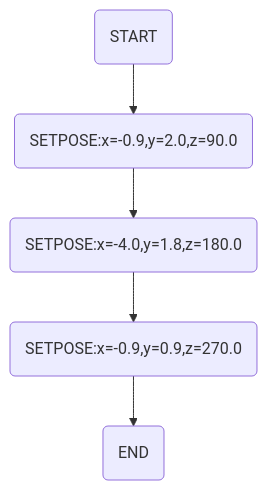
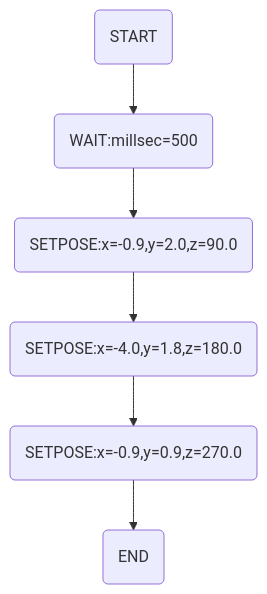
One commit to TakanoTaiga/roboware-neo.universe changed the diagram in launch/roboware_neo_launch/state_graph/scenario_simulation/simple.md. Above: the diagram before and after it, drawn with Mermaid. The commit also changed 3 other files, not shown here.

````diff
--- a/launch/roboware_neo_launch/state_graph/scenario_simulation/simple.md
+++ b/launch/roboware_neo_launch/state_graph/scenario_simulation/simple.md
@@ -1,7 +1,8 @@
 ```mermaid
 graph TB
-  START(START) --> SETPOSE.1(SETPOSE:x=-0.9,y=2.0,z=90.0)
+  START(START) --> start_wait(WAIT:millsec=500)
+  start_wait --> SETPOSE.1(SETPOSE:x=-0.9,y=2.0,z=90.0)
   SETPOSE.1 --> SETPOSE.2(SETPOSE:x=-4.0,y=1.8,z=180.0)
   SETPOSE.2 --> SETPOSE.3(SETPOSE:x=-0.9,y=0.9,z=270.0)
   SETPOSE.3 --> END(END)
 ```
````
